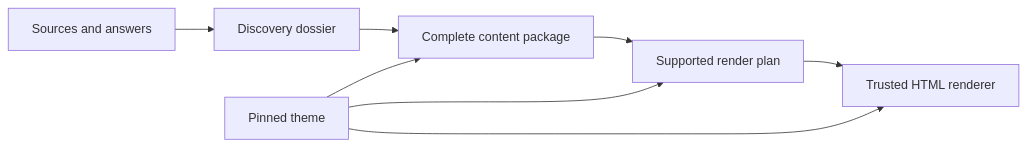
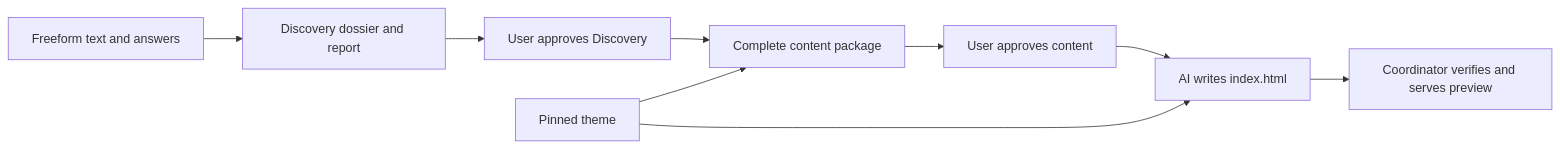
Before and after one commit to yashsrivastava0/OryxenAI: the first of 3 diagrams in docs/architecture/13-agent-operation-playbook.md, drawn with Mermaid. The commit also changed other lines of this file and 6 other files, not shown here.

Commit message:
docs(architecture): define complete agent handoffs and HTML generation

````diff
--- a/docs/architecture/13-agent-operation-playbook.md
+++ b/docs/architecture/13-agent-operation-playbook.md
@@ -18,10 +17,11 @@
 ```mermaid
 flowchart LR
-    S[Sources and answers] --> D[Discovery dossier]
-    D --> C[Complete content package]
-    C --> G[Supported render plan]
-    G --> H[Trusted HTML renderer]
+    S[Freeform text and answers] --> D[Discovery dossier and report]
+    D --> A1[User approves Discovery]
+    A1 --> C[Complete content package]
+    C --> A2[User approves content]
+    A2 --> G[AI writes index.html]
     T[Pinned theme] --> C
     T --> G
-    T --> H
+    G --> V[Coordinator verifies and serves preview]
 ```
````
